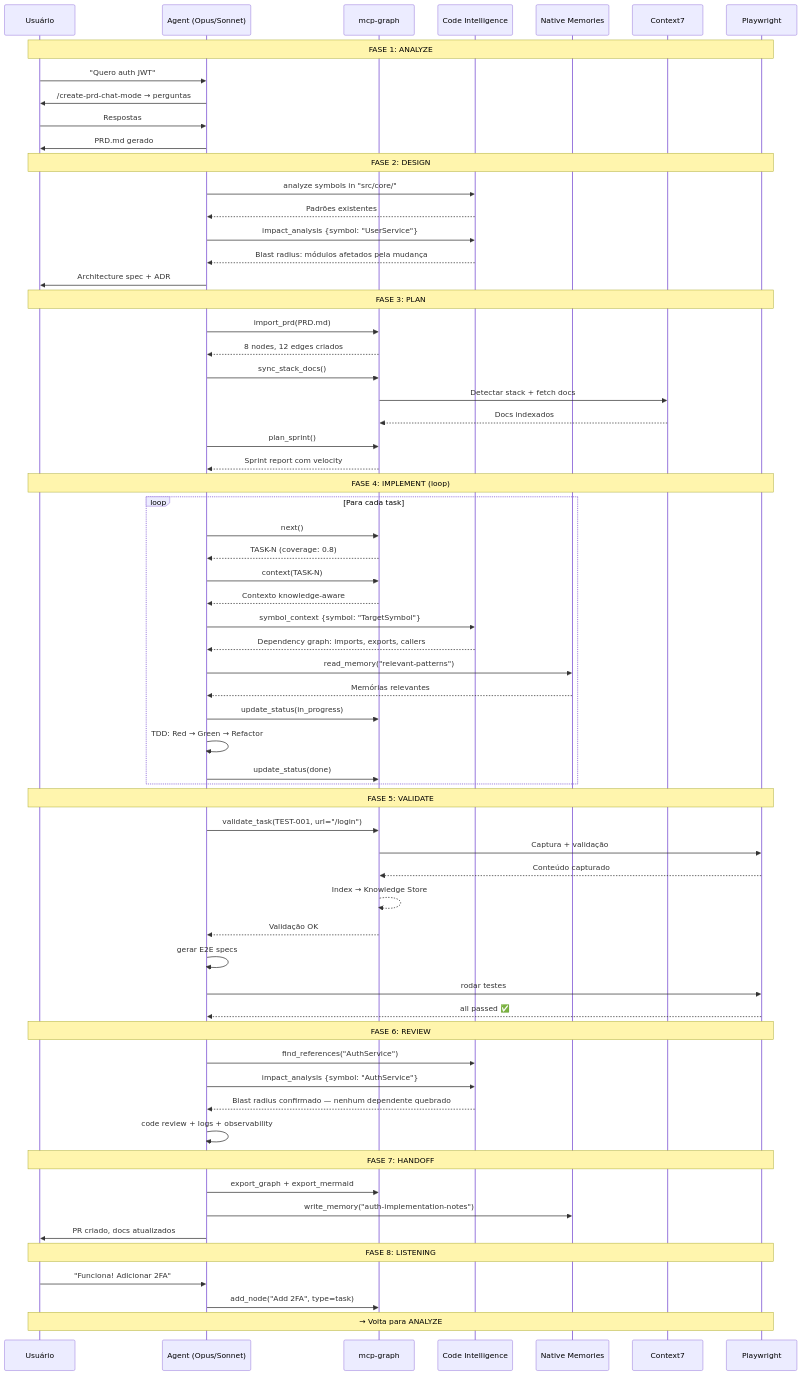
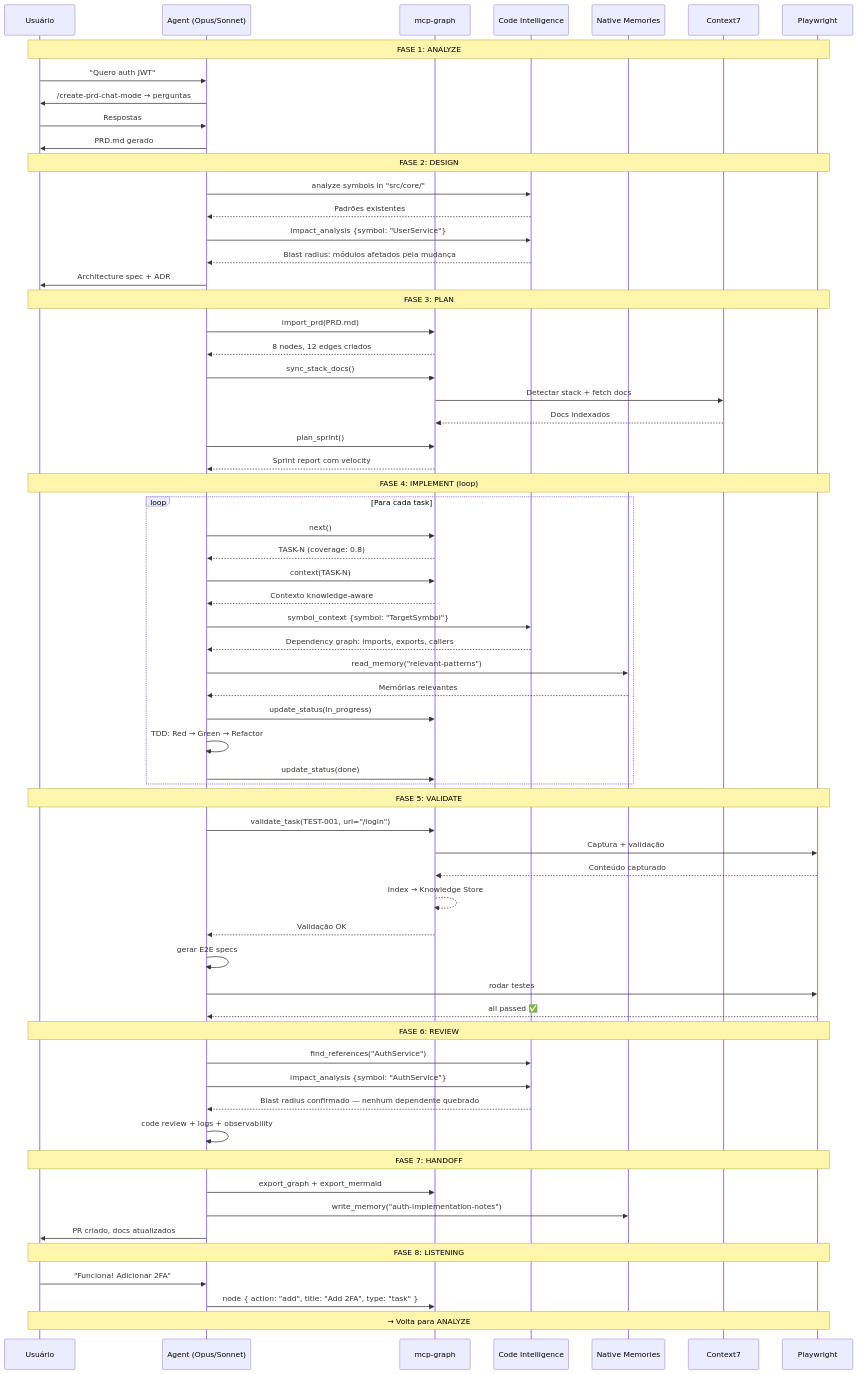
Diagram 17 of 19 in docs/LIFECYCLE.md (sraphaz/mcp-graph-workflow), drawn with Mermaid before and after one commit. The commit also changed other lines of this file and 8 other files, not shown here.

````diff
--- a/docs/LIFECYCLE.md
+++ b/docs/LIFECYCLE.md
@@ -685,73 +685,73 @@
 ```mermaid
 sequenceDiagram
     participant U as Usuário
     participant A as Agent (Opus/Sonnet)
     participant MCP as mcp-graph
     participant CI as Code Intelligence
     participant Mem as Native Memories
     participant C7 as Context7
     participant PW as Playwright
 
     Note over U,PW: FASE 1: ANALYZE
     U->>A: "Quero auth JWT"
     A->>U: /create-prd-chat-mode → perguntas
     U->>A: Respostas
     A->>U: PRD.md gerado
 
     Note over U,PW: FASE 2: DESIGN
     A->>CI: analyze symbols in "src/core/"
     CI-->>A: Padrões existentes
     A->>CI: impact_analysis {symbol: "UserService"}
     CI-->>A: Blast radius: módulos afetados pela mudança
     A->>U: Architecture spec + ADR
 
     Note over U,PW: FASE 3: PLAN
     A->>MCP: import_prd(PRD.md)
     MCP-->>A: 8 nodes, 12 edges criados
     A->>MCP: sync_stack_docs()
     MCP->>C7: Detectar stack + fetch docs
     C7-->>MCP: Docs indexados
     A->>MCP: plan_sprint()
     MCP-->>A: Sprint report com velocity
 
     Note over U,PW: FASE 4: IMPLEMENT (loop)
     loop Para cada task
         A->>MCP: next()
         MCP-->>A: TASK-N (coverage: 0.8)
         A->>MCP: context(TASK-N)
         MCP-->>A: Contexto knowledge-aware
         A->>CI: symbol_context {symbol: "TargetSymbol"}
         CI-->>A: Dependency graph: imports, exports, callers
         A->>Mem: read_memory("relevant-patterns")
         Mem-->>A: Memórias relevantes
         A->>MCP: update_status(in_progress)
         A->>A: TDD: Red → Green → Refactor
         A->>MCP: update_status(done)
     end
 
     Note over U,PW: FASE 5: VALIDATE
     A->>MCP: validate_task(TEST-001, url="/login")
     MCP->>PW: Captura + validação
     PW-->>MCP: Conteúdo capturado
     MCP-->>MCP: Index → Knowledge Store
     MCP-->>A: Validação OK
     A->>A: gerar E2E specs
     A->>PW: rodar testes
     PW-->>A: all passed ✅
 
     Note over U,PW: FASE 6: REVIEW
     A->>CI: find_references("AuthService")
     A->>CI: impact_analysis {symbol: "AuthService"}
     CI-->>A: Blast radius confirmado — nenhum dependente quebrado
     A->>A: code review + logs + observability
 
     Note over U,PW: FASE 7: HANDOFF
     A->>MCP: export_graph + export_mermaid
     A->>Mem: write_memory("auth-implementation-notes")
     A->>U: PR criado, docs atualizados
 
     Note over U,PW: FASE 8: LISTENING
     U->>A: "Funciona! Adicionar 2FA"
-    A->>MCP: add_node("Add 2FA", type=task)
+    A->>MCP: node { action: "add", title: "Add 2FA", type: "task" }
     Note over U,PW: → Volta para ANALYZE
 ```
````
